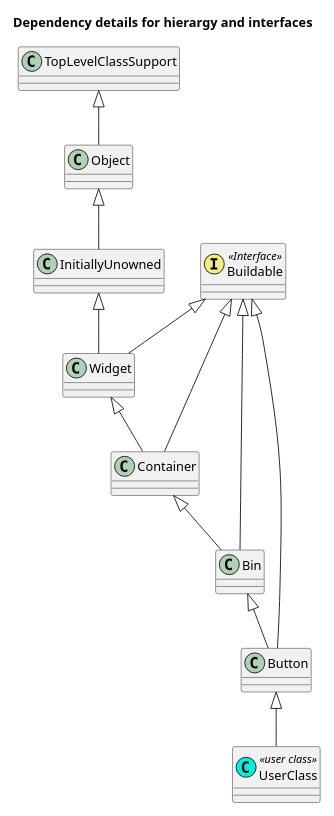
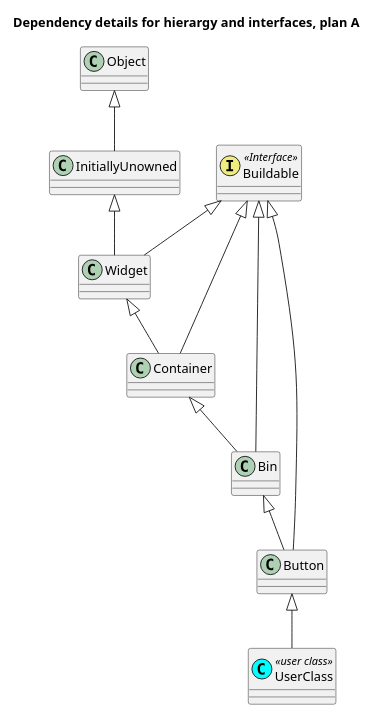
The first of 5 diagrams in Design-docs/Design.md (MARTIMM/gnome-gtk3), drawn with PlantUML before and after one commit. The commit also changed other lines of this file and 7 other files, not shown here.

````diff
--- a/Design-docs/Design.md
+++ b/Design-docs/Design.md
@@ -137,21 +137,22 @@
 ```plantuml
 scale 0.7
-title Dependency details for hierargy and interfaces
+title Dependency details for hierargy and interfaces, plan A
 
-class UserClass << (C, #00efe0) user class >>
+'class TopLevelClassSupport << (C, #efad00) catch all class >>
+class UserClass << (C, #00ffff) user class >>
 class Buildable << (I, #efed80) Interface >>
 
 Buildable <|-- Widget
 Buildable <|-- Container
 Buildable <|-- Bin
 Buildable <|-- Button
 
-TopLevelClassSupport <|-- Object
+'TopLevelClassSupport <|-- Object
 Object <|-- InitiallyUnowned
 InitiallyUnowned <|-- Widget
 Widget <|-- Container
 Container <|-- Bin
 Bin <|-- Button
 Button <|-- UserClass
 
 ```
````
